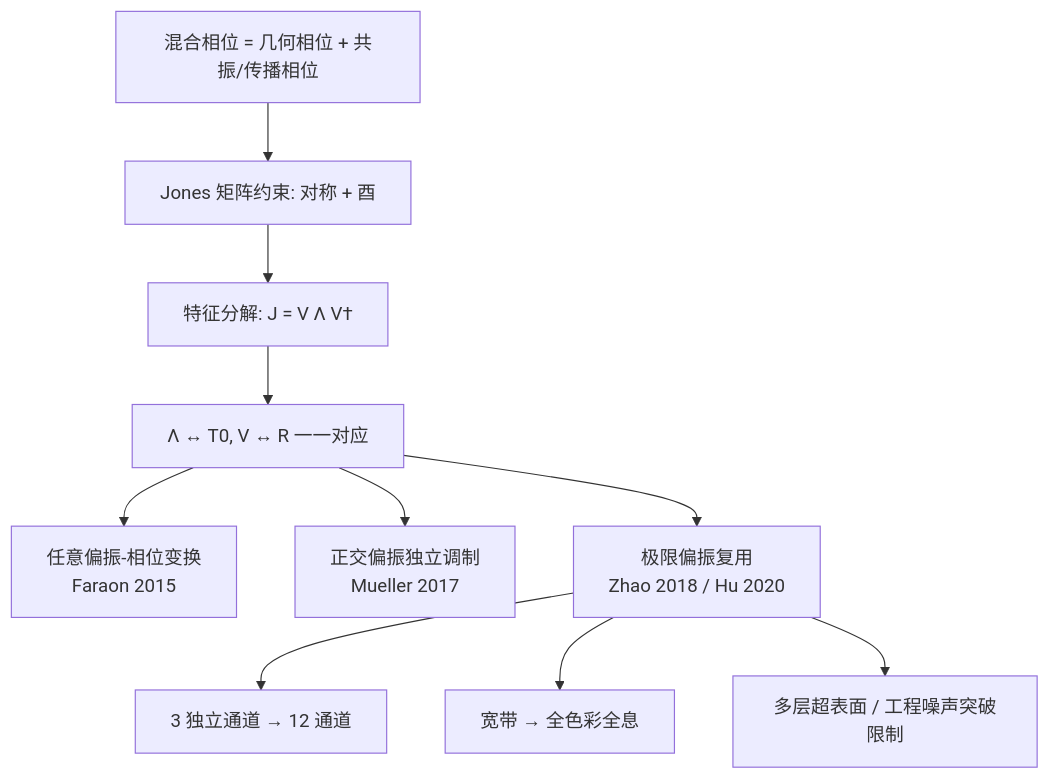
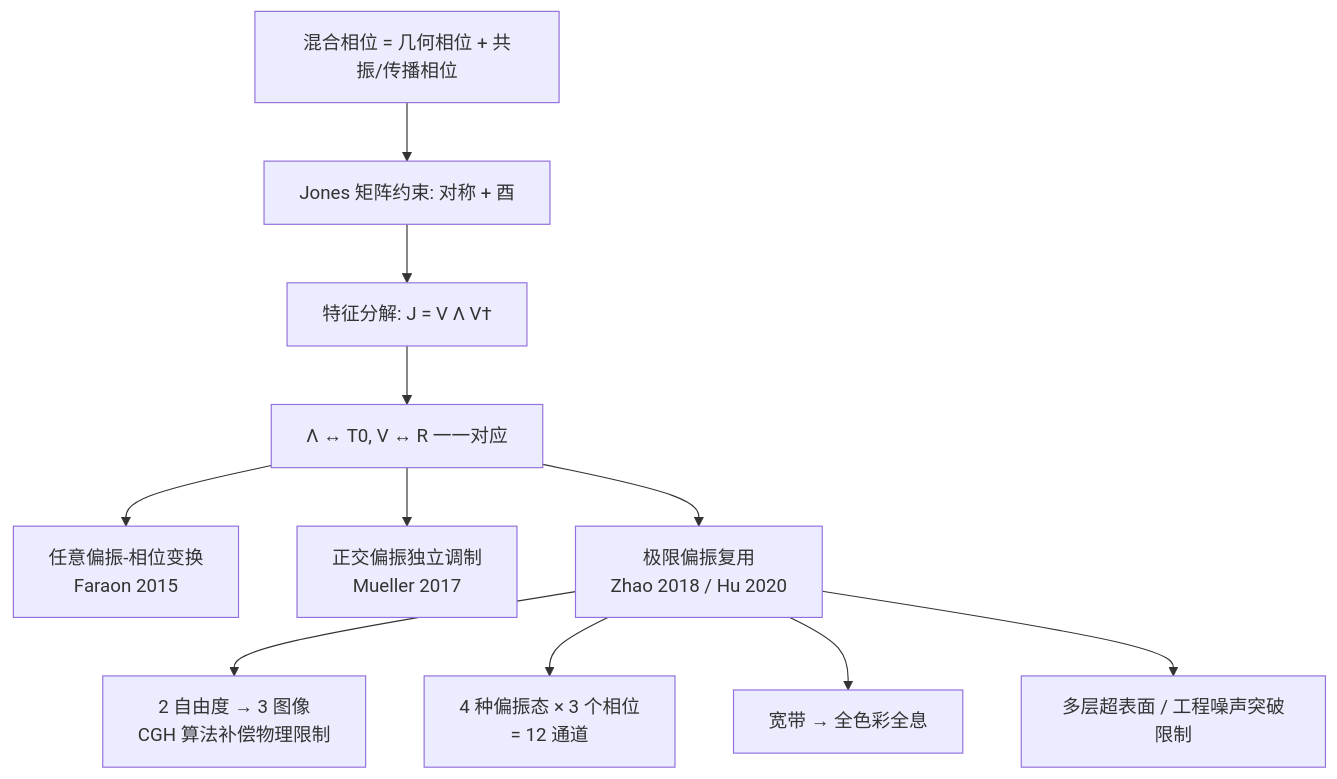
The diagram in metasurfaces_output/metasurfaces_origin/hybrid_auto/2.1.5 Hybrid Phase Modulation Mechanism.md (blackcat9232/pre_master_reading), drawn with Mermaid before and after one commit. The commit also changed other lines of this file, not shown here.

````diff
--- a/metasurfaces_output/metasurfaces_origin/hybrid_auto/2.1.5 Hybrid Phase Modulation Mechanism.md
+++ b/metasurfaces_output/metasurfaces_origin/hybrid_auto/2.1.5 Hybrid Phase Modulation Mechanism.md
@@ -299,12 +363,13 @@
 ```mermaid
 flowchart TD
     A[混合相位 = 几何相位 + 共振/传播相位] --> B[Jones 矩阵约束: 对称 + 酉]
     B --> C[特征分解: J = V Λ V†]
     C --> D[Λ ↔ T0, V ↔ R 一一对应]
     D --> E1[任意偏振-相位变换<br/>Faraon 2015]
     D --> E2[正交偏振独立调制<br/>Mueller 2017]
     D --> E3[极限偏振复用<br/>Zhao 2018 / Hu 2020]
-    E3 --> F1[3 独立通道 → 12 通道]
-    E3 --> F2[宽带 → 全色彩全息]
-    E3 --> F3[多层超表面 / 工程噪声突破限制]
+    E3 --> F1[2 自由度 → 3 图像<br/>CGH 算法补偿物理限制]
+    E3 --> F2[4 种偏振态 × 3 个相位<br/>= 12 通道]
+    E3 --> F3[宽带 → 全色彩全息]
+    E3 --> F4[多层超表面 / 工程噪声突破限制]
 ```
````
